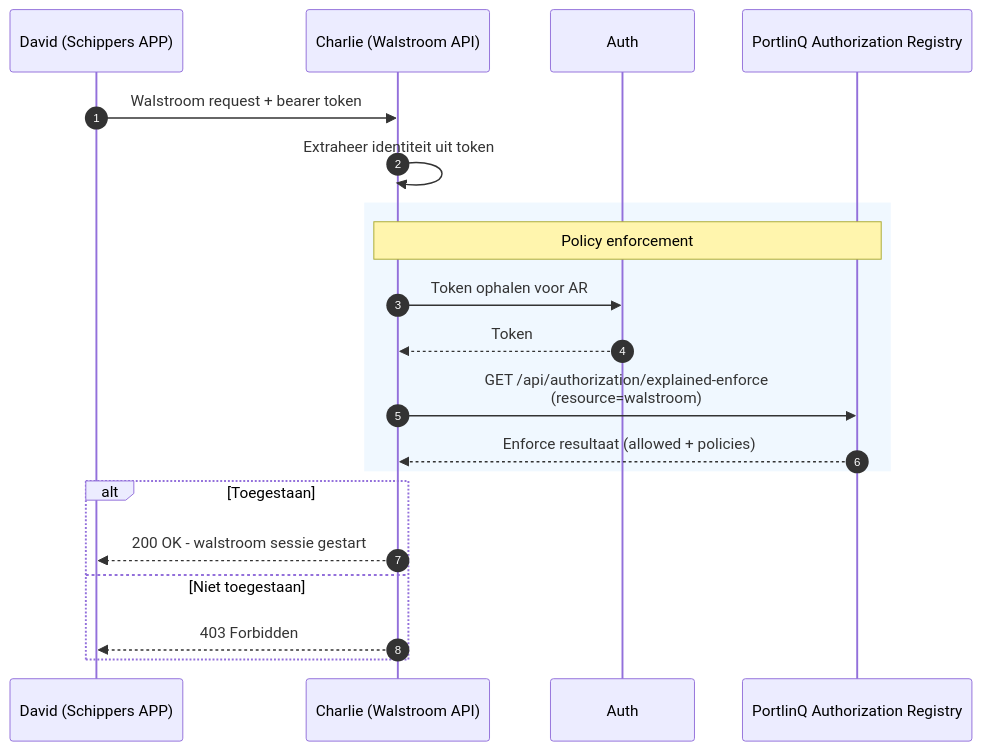
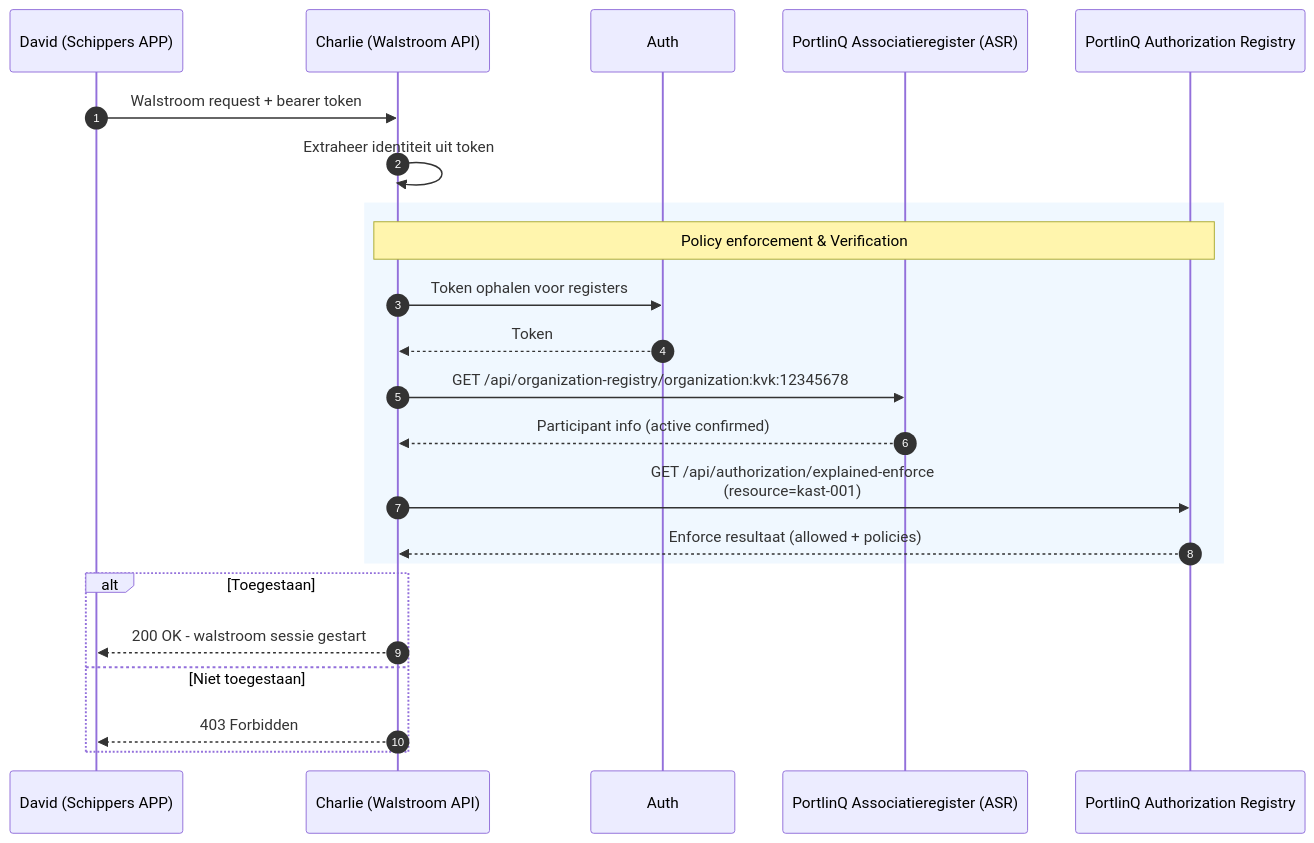
One commit to POORT8/Poort8.Docs changed the diagram in portlinq/walstroom-autorisatie.md. Above: the diagram before and after it, drawn with Mermaid. The commit also changed other lines of this file and 4 other files, not shown here.

````diff
--- a/portlinq/walstroom-autorisatie.md
+++ b/portlinq/walstroom-autorisatie.md
@@ -36,25 +37,28 @@
 ```mermaid
 sequenceDiagram
     autonumber
     participant David as David (Schippers APP)
     participant Charlie as Charlie (Walstroom API)
     participant Auth
+    participant ASR as PortlinQ Associatieregister (ASR)
     participant AR as PortlinQ Authorization Registry
 
     David->>Charlie: Walstroom request + bearer token
     Charlie->>Charlie: Extraheer identiteit uit token
 
     rect rgb(240, 248, 255)
-        Note over Charlie,AR: Policy enforcement
-        Charlie->>Auth: Token ophalen voor AR
+        Note over Charlie,AR: Policy enforcement & Verification
+        Charlie->>Auth: Token ophalen voor registers
         Auth-->>Charlie: Token
-        Charlie->>AR: GET /api/authorization/explained-enforce<br/>(resource=walstroom)
+        Charlie->>ASR: GET /api/organization-registry/organization:kvk:12345678
+        ASR-->>Charlie: Participant info (active confirmed)
+        Charlie->>AR: GET /api/authorization/explained-enforce<br/>(resource=kast-001)
         AR-->>Charlie: Enforce resultaat (allowed + policies)
     end
 
     alt Toegestaan
         Charlie-->>David: 200 OK - walstroom sessie gestart
     else Niet toegestaan
         Charlie-->>David: 403 Forbidden
     end
 ```
````
